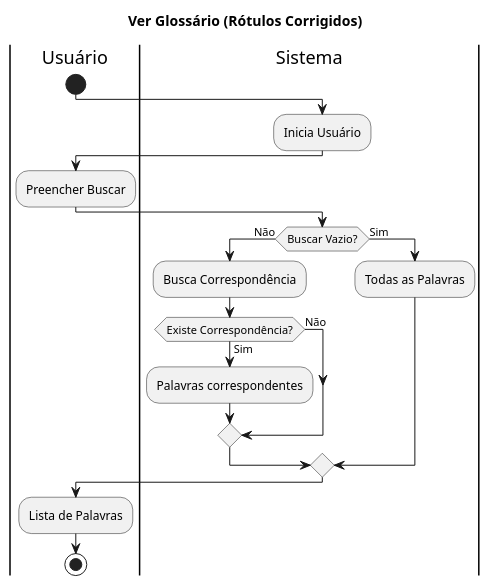
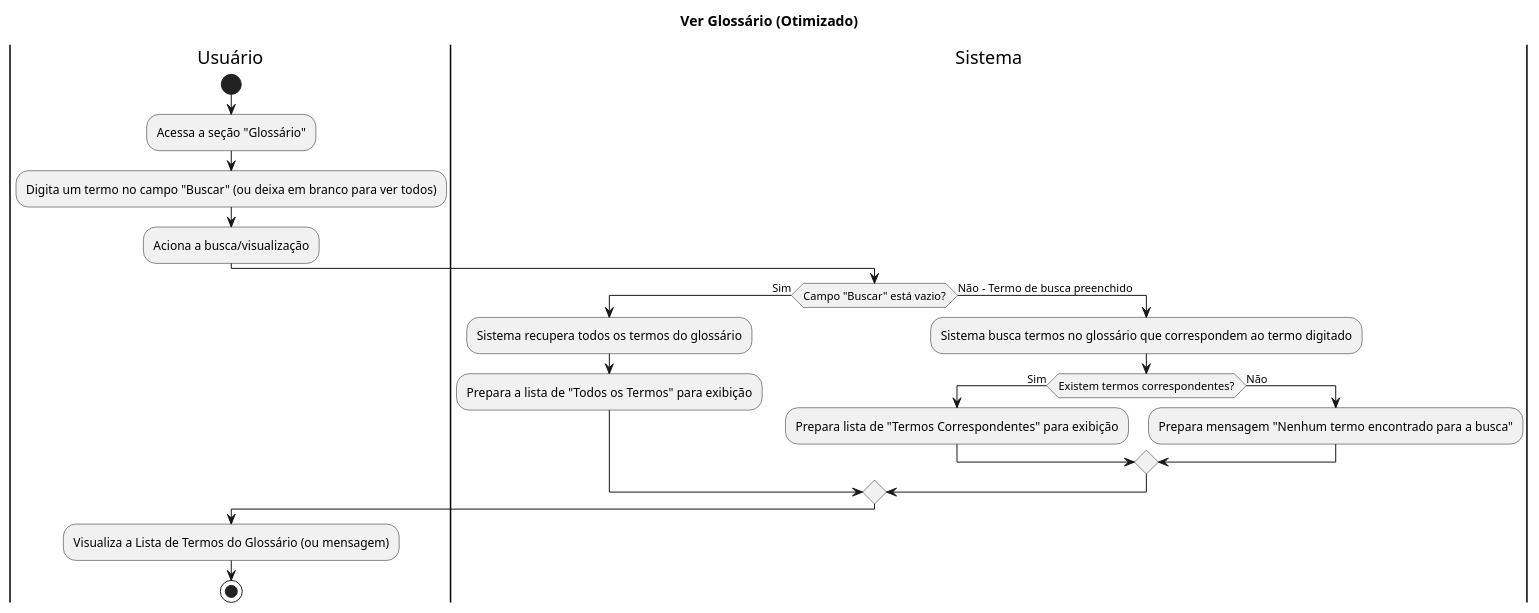
The diagram in atividades/VerGlossario.wsd (pedrOfsilveira/diagramas), drawn with PlantUML before and after one commit. The commit also changed 15 other files, not shown here.

Commit message:
consertei alguns diagramas

```diff
--- a/atividades/VerGlossario.wsd
+++ b/atividades/VerGlossario.wsd
@@ -1,25 +1,26 @@
 @startuml
 
-title Ver Glossário (Rótulos Corrigidos)
+title Ver Glossário (Otimizado)
 
 |Usuário|
 start
+:Acessa a seção "Glossário";
+:Digita um termo no campo "Buscar" (ou deixa em branco para ver todos);
+:Aciona a busca/visualização;
 |Sistema|
-:Inicia Usuário;
-|Usuário|
-:Preencher Buscar;
-|Sistema|
-if(Buscar Vazio?) then (Não)
-    :Busca Correspondência;
-    if(Existe Correspondência?) then (Sim)
-        :Palavras correspondentes;
+if (Campo "Buscar" está vazio?) then (Sim)
+    :Sistema recupera todos os termos do glossário;
+    :Prepara a lista de "Todos os Termos" para exibição;
+else (Não - Termo de busca preenchido)
+    :Sistema busca termos no glossário que correspondem ao termo digitado;
+    if (Existem termos correspondentes?) then (Sim)
+        :Prepara lista de "Termos Correspondentes" para exibição;
     else (Não)
+        :Prepara mensagem "Nenhum termo encontrado para a busca";
     endif
-else (Sim)
-    :Todas as Palavras;
 endif
 |Usuário|
-:Lista de Palavras;
+:Visualiza a Lista de Termos do Glossário (ou mensagem);
 stop
 
 @enduml
```
